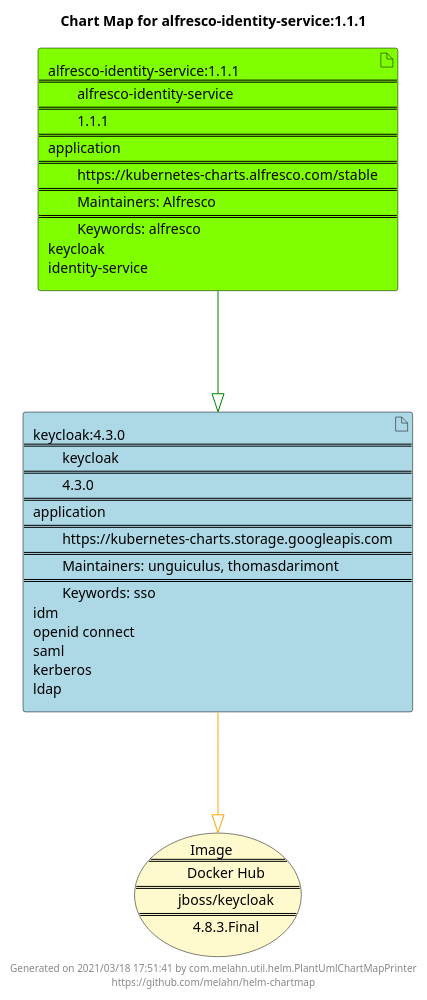
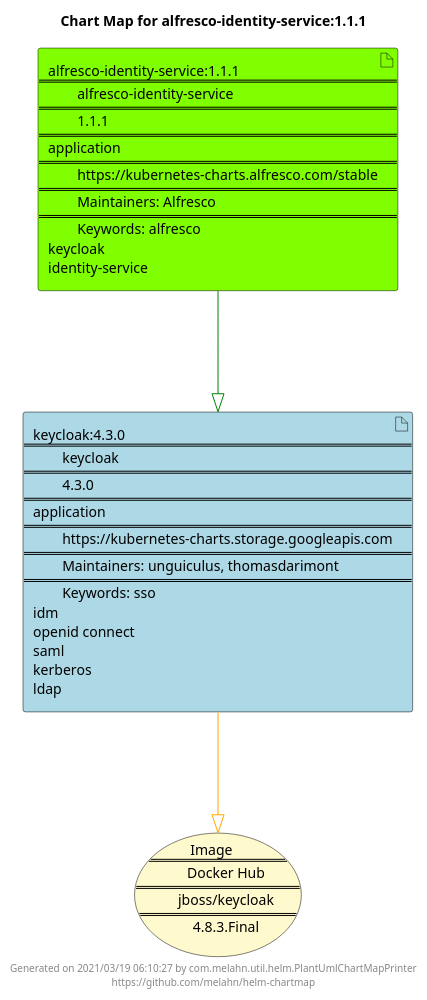
Before and after one commit to melahn/helm-chartmap: the diagram in docs/alfresco-identity-service/alfresco-identity-service-1.1.1.puml, drawn with PlantUML. The commit also changed 29 other files, not shown here.

Commit message:
Regenerate chart examples

```diff
--- a/docs/alfresco-identity-service/alfresco-identity-service-1.1.1.puml
+++ b/docs/alfresco-identity-service/alfresco-identity-service-1.1.1.puml
@@ -1,23 +1,23 @@
 @startuml
 skinparam linetype ortho
 skinparam backgroundColor white
 skinparam usecaseBorderColor black
 skinparam usecaseArrowColor LightSlateGray
 skinparam artifactBorderColor black
 skinparam artifactArrowColor LightSlateGray
 
 title Chart Map for alfresco-identity-service:1.1.1
 
 'There are 2 referenced Helm Charts
 artifact "alfresco-identity-service:1.1.1\n====\n\talfresco-identity-service\n====\n\t1.1.1\n====\napplication\n====\n\thttps://kubernetes-charts.alfresco.com/stable\n====\n\tMaintainers: Alfresco\n====\n\tKeywords: alfresco\nkeycloak\nidentity-service" as alfresco_identity_service_1_1_1 #Chartreuse
 artifact "keycloak:4.3.0\n====\n\tkeycloak\n====\n\t4.3.0\n====\napplication\n====\n\thttps://kubernetes-charts.storage.googleapis.com\n====\n\tMaintainers: unguiculus, thomasdarimont\n====\n\tKeywords: sso\nidm\nopenid connect\nsaml\nkerberos\nldap" as keycloak_4_3_0 #LightBlue
 
 'There is one referenced Docker Image
 usecase "Image\n====\n\tDocker Hub\n====\n\tjboss/keycloak\n====\n\t4.8.3.Final" as jboss_keycloak_4_8_3_Final #LemonChiffon
 
 'Chart Dependencies
 alfresco_identity_service_1_1_1--[#green]-|>keycloak_4_3_0
 keycloak_4_3_0--[#orange]-|>jboss_keycloak_4_8_3_Final
 
-center footer Generated on 2021/03/18 17:51:41 by com.melahn.util.helm.PlantUmlChartMapPrinter\nhttps://github.com/melahn/helm-chartmap
+center footer Generated on 2021/03/19 06:10:27 by com.melahn.util.helm.PlantUmlChartMapPrinter\nhttps://github.com/melahn/helm-chartmap
 @enduml
```
